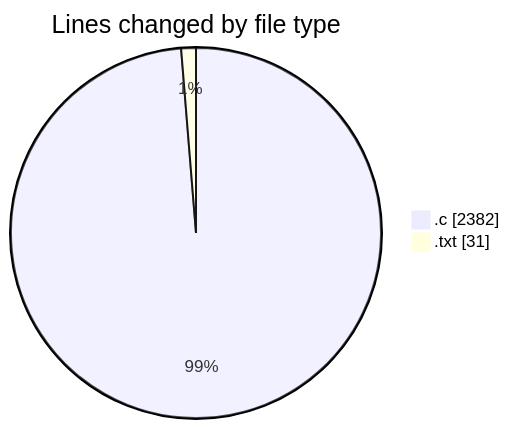
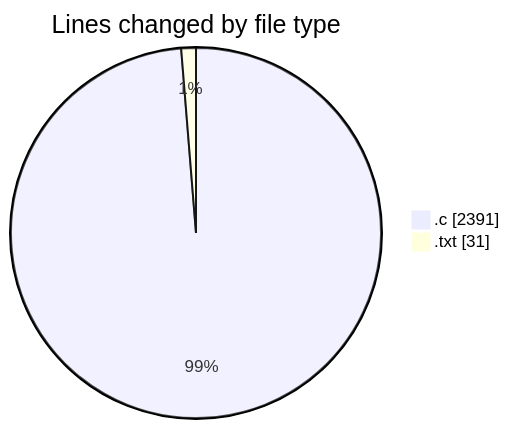
One commit to Ritupan-Deka/code-tracking changed the first of 2 diagrams in 2025-01-26/search/README.md. Above: the diagram before and after it, drawn with Mermaid. The commit also changed other lines of this file and 1 other file, not shown here.

````diff
--- a/2025-01-26/search/README.md
+++ b/2025-01-26/search/README.md
@@ -22,6 +22,6 @@
 ```mermaid
 pie showData
 title Lines changed by file type
-".c" : 2382
+".c" : 2391
 ".txt" : 31
 ```
````
